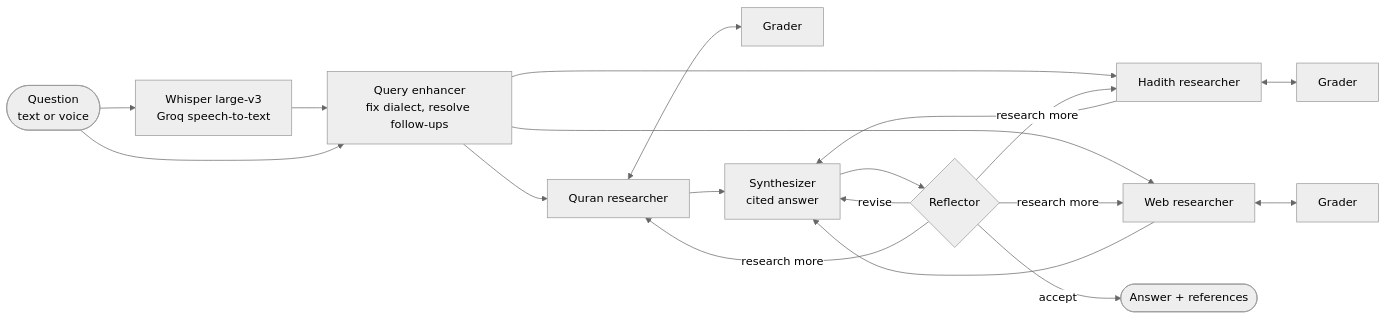
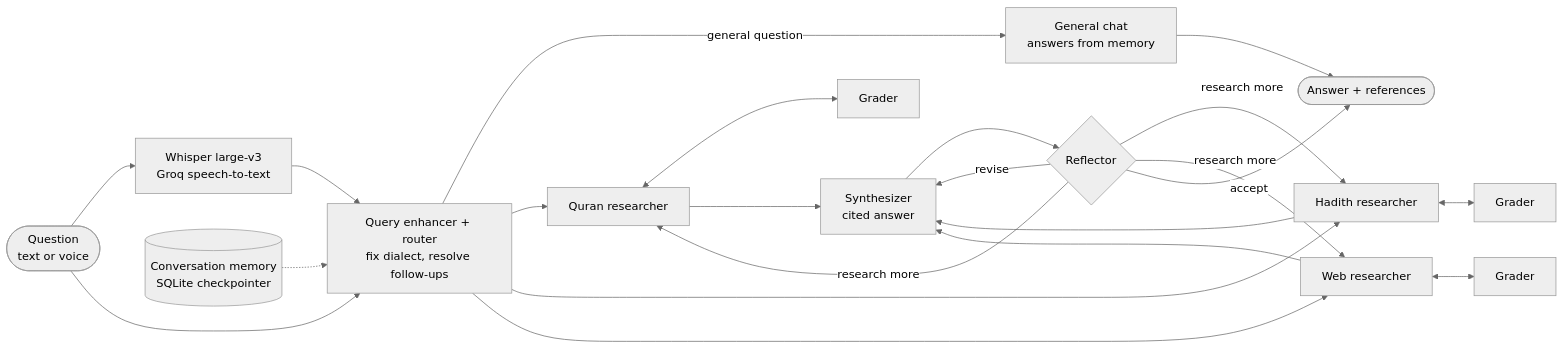
Before and after one commit to nourayman21k/Quran-Companion-Arabic-Grounded-RAG-Agent: the diagram in README.md, drawn with Mermaid (neutral theme). The commit also changed other lines of this file and 8 other files, not shown here.

First line of the commit message:
Add general chat mode and saved conversation memory (SQLite checkpointer)

````diff
--- a/README.md
+++ b/README.md
@@ -14,19 +15,21 @@
 ```mermaid
 flowchart LR
     U([Question<br/>text or voice]) --> W[Whisper large-v3<br/>Groq speech-to-text]
     W --> E
-    U --> E[Query enhancer<br/>fix dialect, resolve follow-ups]
+    U --> E[Query enhancer + router<br/>fix dialect, resolve follow-ups]
+    M[(Conversation memory<br/>SQLite checkpointer)] -.-> E
+    E -- general question --> C[General chat<br/>answers from memory] --> A
     E --> RQ[Quran researcher]
     E --> RH[Hadith researcher]
     E --> RW[Web researcher]
     RQ <--> GQ[Grader]
     RH <--> GH[Grader]
     RW <--> GW[Grader]
     RQ --> S[Synthesizer<br/>cited answer]
     RH --> S
     RW --> S
     S --> R{Reflector}
     R -- revise --> S
     R -- research more --> RQ & RH & RW
     R -- accept --> A([Answer + references])
 ```
````
